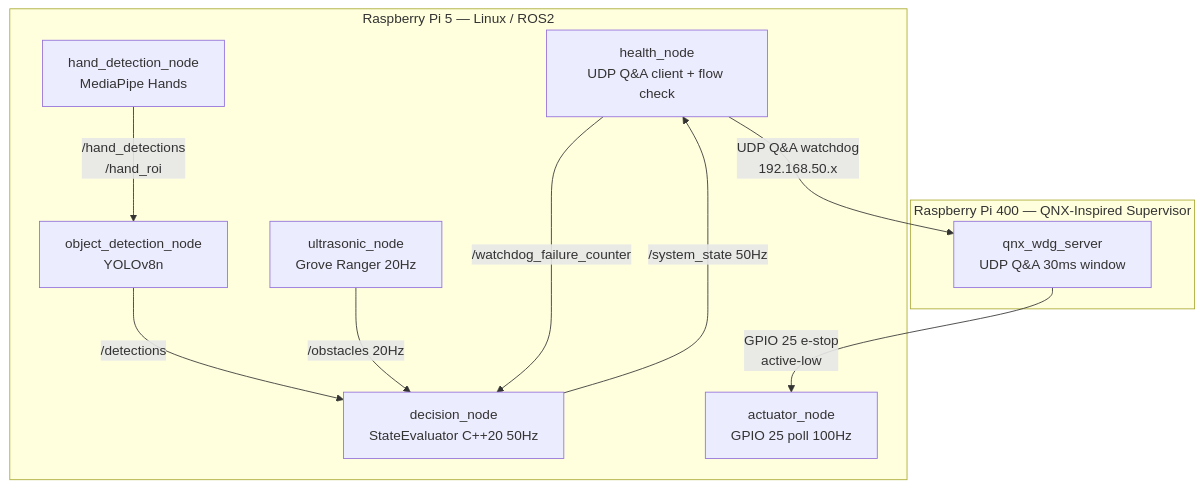
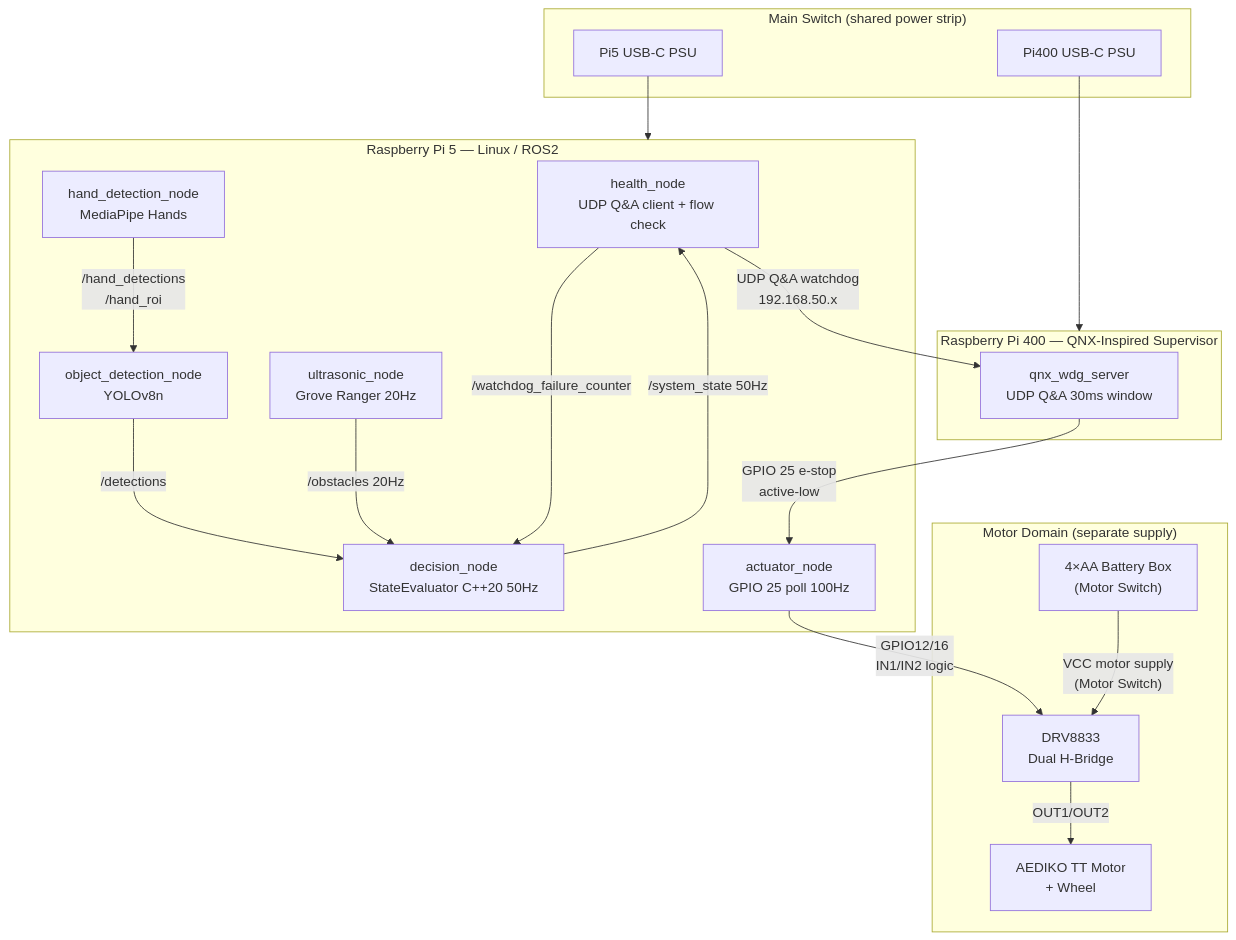
One commit to tipou82/safety-supervised-edge-ai-demo changed the diagram in README.md. Above: the diagram before and after it, drawn with Mermaid. The commit also changed other lines of this file and 8 other files, not shown here.

First line of the commit message:
docs: add DRV8833 motor actuator, Main Switch/Motor Switch concept, startup wiring

````diff
--- a/README.md
+++ b/README.md
@@ -49,23 +123,39 @@
 ```mermaid
 graph TB
+    subgraph MainSwitch["Main Switch (shared power strip)"]
+        PS5["Pi5 USB-C PSU"]
+        PS400["Pi400 USB-C PSU"]
+    end
+
     subgraph Pi5["Raspberry Pi 5 — Linux / ROS2"]
         HN["health_node\nUDP Q&A client + flow check"]
         HDN["hand_detection_node\nMediaPipe Hands"]
         ODN["object_detection_node\nYOLOv8n"]
         UN["ultrasonic_node\nGrove Ranger 20Hz"]
         DN["decision_node\nStateEvaluator C++20 50Hz"]
         AN["actuator_node\nGPIO 25 poll 100Hz"]
     end
 
     subgraph Pi400["Raspberry Pi 400 — QNX-Inspired Supervisor"]
         WDG["qnx_wdg_server\nUDP Q&A 30ms window"]
     end
 
+    subgraph MotorDomain["Motor Domain (separate supply)"]
+        BAT["4×AA Battery Box\n(Motor Switch)"]
+        DRV["DRV8833\nDual H-Bridge"]
+        MTR["AEDIKO TT Motor\n+ Wheel"]
+    end
+
+    PS5  --> Pi5
+    PS400 --> Pi400
     HN  -->|"UDP Q&A watchdog\n192.168.50.x"| WDG
     WDG -->|"GPIO 25 e-stop\nactive-low"| AN
     HDN -->|"/hand_detections\n/hand_roi"| ODN
     ODN -->|"/detections"| DN
     UN  -->|"/obstacles 20Hz"| DN
     DN  -->|"/system_state 50Hz"| HN
     HN  -->|"/watchdog_failure_counter"| DN
+    AN  -->|"GPIO12/16\nIN1/IN2 logic"| DRV
+    BAT -->|"VCC motor supply\n(Motor Switch)"| DRV
+    DRV -->|"OUT1/OUT2"| MTR
 ```
````
